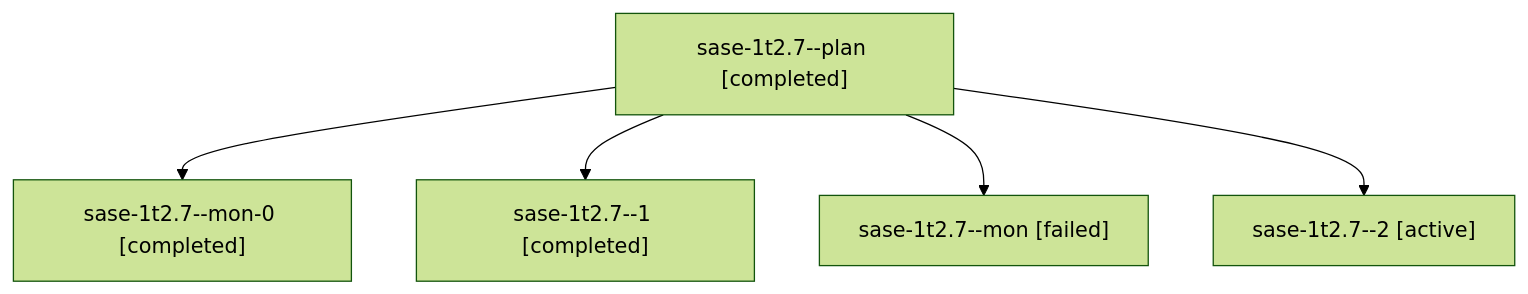
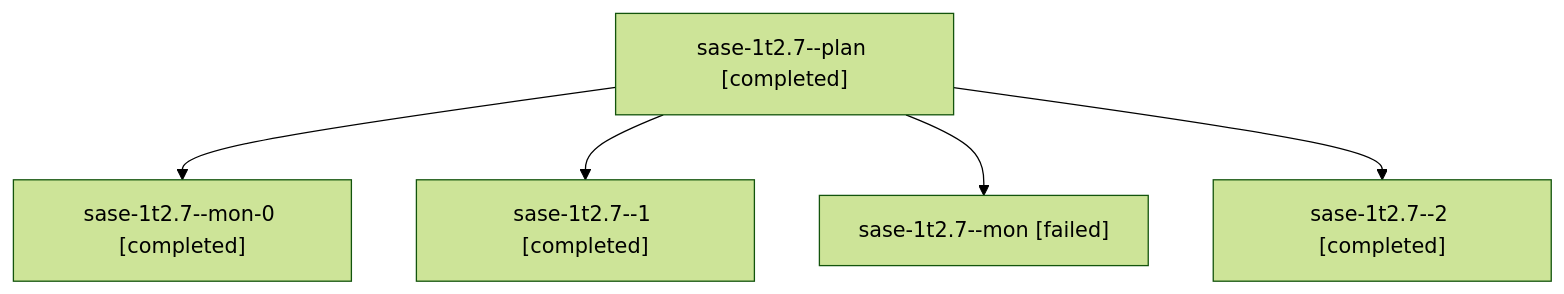
One commit to sase-org/sase--agents changed the diagram in sessions/bbugyi200.athena.sase-1t2.7.md. Above: the diagram before and after it, drawn with Mermaid (forest theme). The commit also changed other lines of this file and 40 other files, not shown here.

````diff
--- a/sessions/bbugyi200.athena.sase-1t2.7.md
+++ b/sessions/bbugyi200.athena.sase-1t2.7.md
@@ -9,12 +9,12 @@
 ```mermaid
 flowchart TD
   n0["sase-1t2.7--plan [completed]"]
   n1["sase-1t2.7--mon-0 [completed]"]
   n0 --> n1
   n2["sase-1t2.7--1 [completed]"]
   n0 --> n2
   n3["sase-1t2.7--mon [failed]"]
   n0 --> n3
-  n4["sase-1t2.7--2 [active]"]
+  n4["sase-1t2.7--2 [completed]"]
   n0 --> n4
 ```
````
